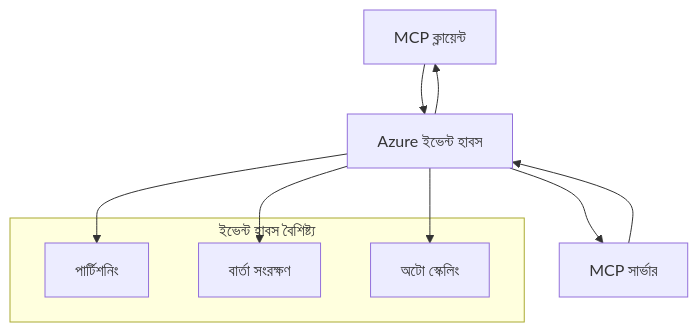
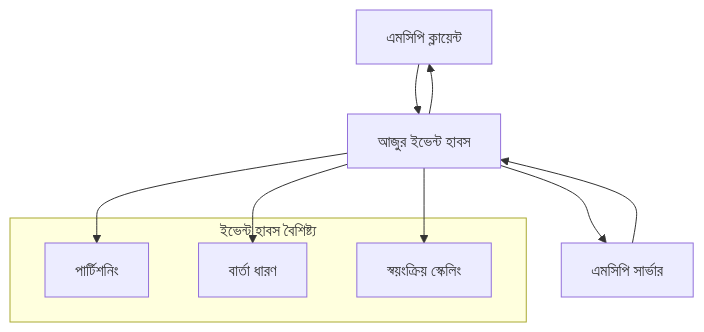
One commit to HIDORAKAI002/ai-workspace-archive changed the second of 2 diagrams in mcp_ecosystem__model_context_protocol/mcp_learning_resources/mcp-for-beginners/translations/bn/05-AdvancedTopics/mcp-transport/README.md. Above: the diagram before and after it, drawn with Mermaid. The commit also changed other lines of this file and 1046 other files, not shown here.

````diff
--- a/mcp_ecosystem__model_context_protocol/mcp_learning_resources/mcp-for-beginners/translations/bn/05-AdvancedTopics/mcp-transport/README.md
+++ b/mcp_ecosystem__model_context_protocol/mcp_learning_resources/mcp-for-beginners/translations/bn/05-AdvancedTopics/mcp-transport/README.md
@@ -270,17 +272,17 @@
 ```mermaid
 graph TB
-    Client[MCP ক্লায়েন্ট] --> EH[Azure ইভেন্ট হাবস]
-    EH --> Server[MCP সার্ভার]
+    Client[এমসিপি ক্লায়েন্ট] --> EH[আজুর ইভেন্ট হাবস]
+    EH --> Server[এমসিপি সার্ভার]
     Server --> EH
     EH --> Client
     
     subgraph "ইভেন্ট হাবস বৈশিষ্ট্য"
         Partition[পার্টিশনিং]
-        Retention[বার্তা সংরক্ষণ]
-        Scaling[অটো স্কেলিং]
+        Retention[বার্তা ধারণ]
+        Scaling[স্বয়ংক্রিয় স্কেলিং]
     end
     
     EH --> Partition
     EH --> Retention
     EH --> Scaling
 ```
````
